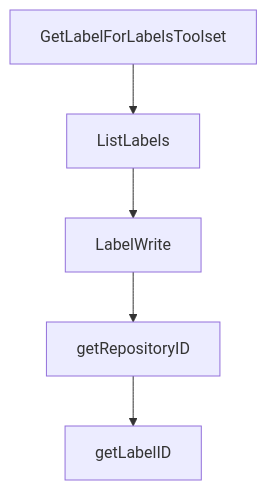
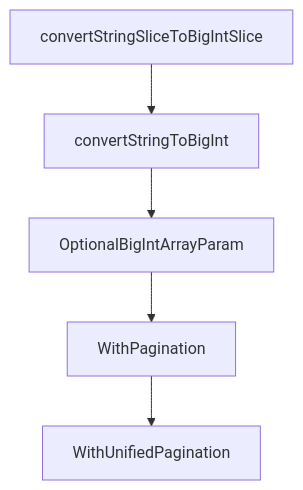
The diagram in tutorials/github-mcp-server-tutorial/06-security-governance-and-enterprise-controls.md (johnxie/awesome-code-docs), drawn with Mermaid before and after one commit. The commit also changed other lines of this file and 1232 other files, not shown here.

````diff
--- a/tutorials/github-mcp-server-tutorial/06-security-governance-and-enterprise-controls.md
+++ b/tutorials/github-mcp-server-tutorial/06-security-governance-and-enterprise-controls.md
@@ -215,12 +213,12 @@
 ```mermaid
 flowchart TD
-    A[GetLabelForLabelsToolset]
-    B[ListLabels]
-    C[LabelWrite]
-    D[getRepositoryID]
-    E[getLabelID]
+    A[convertStringSliceToBigIntSlice]
+    B[convertStringToBigInt]
+    C[OptionalBigIntArrayParam]
+    D[WithPagination]
+    E[WithUnifiedPagination]
     A --> B
     B --> C
     C --> D
     D --> E
 ```
````
